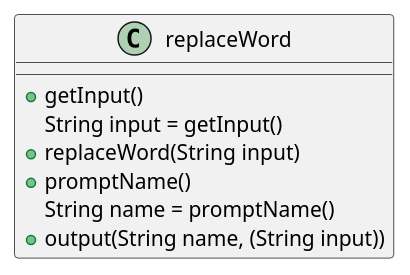
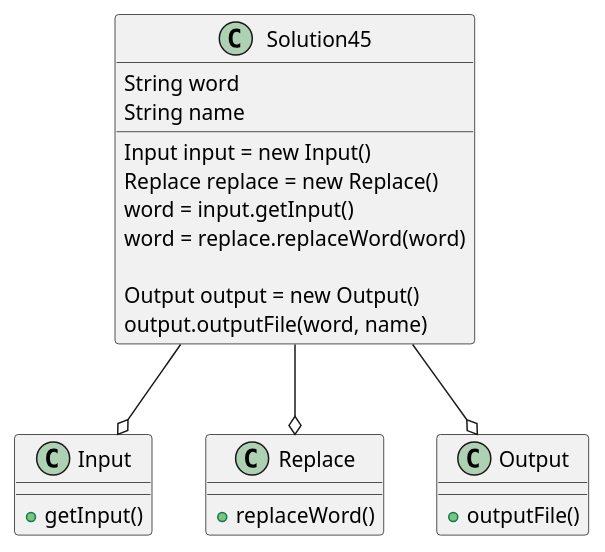
The diagram in exercise45/docs/s45Diagram.puml (IronWarden/gadhia-a04), drawn with PlantUML before and after one commit. The commit also changed 4 other files, not shown here.

Commit message:
added copyrights and fixed uml

```diff
--- a/exercise45/docs/s45Diagram.puml
+++ b/exercise45/docs/s45Diagram.puml
@@ -1,14 +1,30 @@
 @startuml
 'https://plantuml.com/class-diagram
-class replaceWord {
-    'take the input as a string
-     +getInput()
-     String input = getInput()
-     +replaceWord(String input)
-     'prompt the name of the file
-     +promptName()
-     String name = promptName()
-     'output the file
-     +output(String name, (String input))
-     }
+class Solution45 {
+    String word
+    String name
+
+    Input input = new Input()
+    Replace replace = new Replace()
+    word = input.getInput()
+    word = replace.replaceWord(word)
+
+    Output output = new Output()
+    output.outputFile(word, name)
+
+}
+Solution45 --o Input
+class Input {
+    +getInput()
+}
+Solution45 --o Replace
+
+class Replace {
+  +replaceWord()
+}
+
+Solution45 --o Output
+class Output {
+    +outputFile()
+}
 @enduml
```
